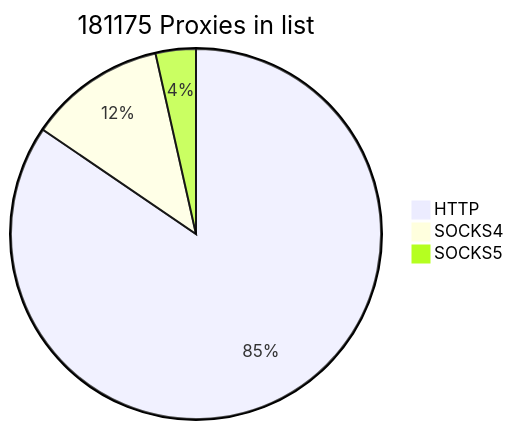
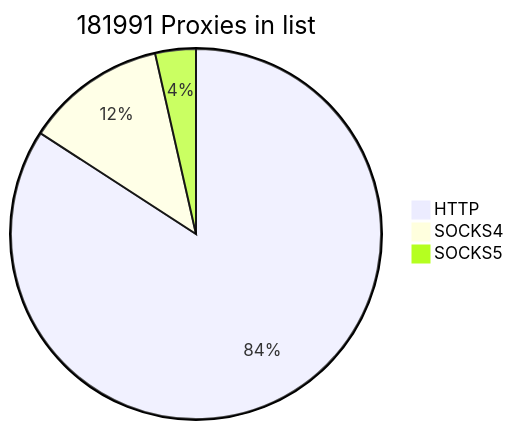
One commit to cutipu/proxylist changed the first of 2 diagrams in README.md. Above: the diagram before and after it, drawn with Mermaid. The commit also changed other lines of this file, not shown here.

````diff
--- a/README.md
+++ b/README.md
@@ -2,7 +2,7 @@
 ```mermaid
-pie title 181175 Proxies in list
-    "HTTP" : 153129
-    "SOCKS4" : 21680
-    "SOCKS5" : 6366
+pie title 181991 Proxies in list
+    "HTTP" : 153153
+    "SOCKS4" : 22382
+    "SOCKS5" : 6456
             
 ```
````
